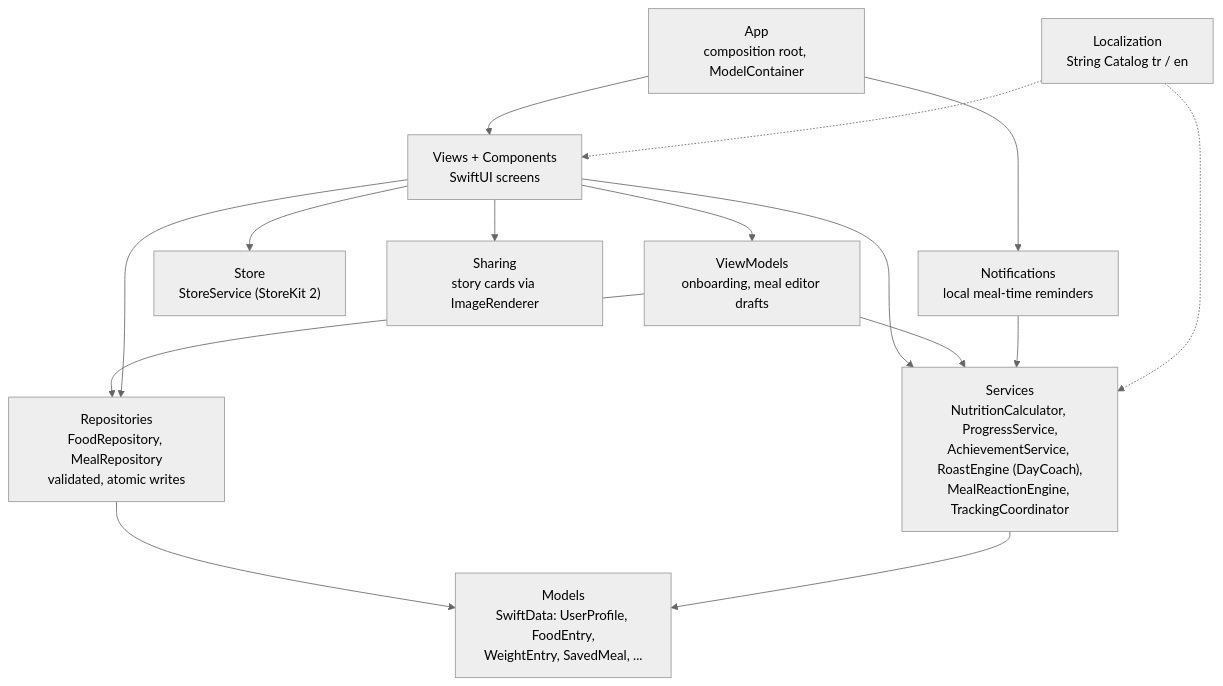
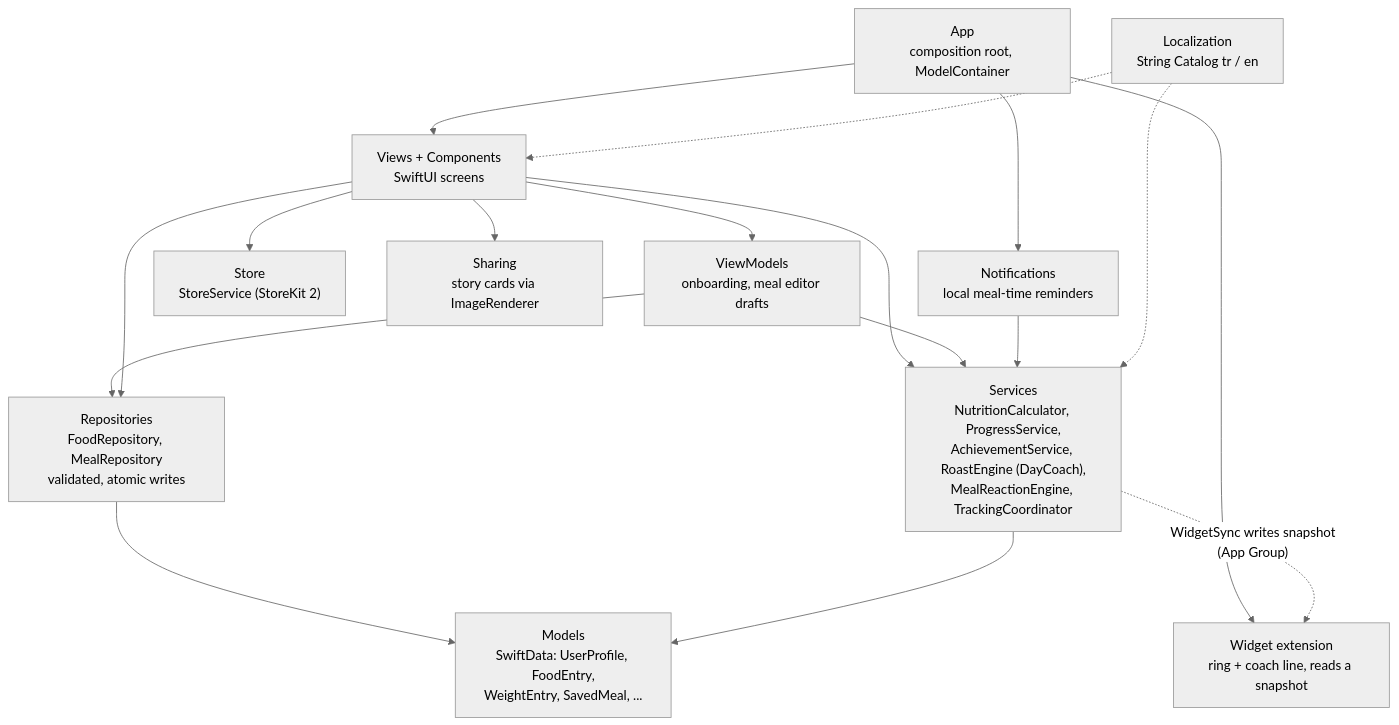
The diagram in README.md (emreeylm/calorude), drawn with Mermaid (neutral theme) before and after one commit. The commit also changed other lines of this file and 17 other files, not shown here.

First line of the commit message:
Add home screen widget: calorie ring and coach line

````diff
--- a/README.md
+++ b/README.md
@@ -30,18 +30,20 @@
 ```mermaid
 flowchart TD
   App["App<br/>composition root, ModelContainer"] --> Views
   Views["Views + Components<br/>SwiftUI screens"] --> VM["ViewModels<br/>onboarding, meal editor drafts"]
   Views --> Services
   VM --> Services
   VM --> Repos
   Views --> Repos
   Services["Services<br/>NutritionCalculator, ProgressService,<br/>AchievementService, RoastEngine (DayCoach),<br/>MealReactionEngine, TrackingCoordinator"]
   Repos["Repositories<br/>FoodRepository, MealRepository<br/>validated, atomic writes"] --> Models
   Services --> Models["Models<br/>SwiftData: UserProfile, FoodEntry,<br/>WeightEntry, SavedMeal, ..."]
   Views --> Store["Store<br/>StoreService (StoreKit 2)"]
   Views --> Sharing["Sharing<br/>story cards via ImageRenderer"]
   App --> Notif["Notifications<br/>local meal-time reminders"]
   Notif --> Services
+  App --> Widget["Widget extension<br/>ring + coach line, reads a snapshot"]
+  Services -.->|"WidgetSync writes snapshot<br/>(App Group)"| Widget
   Loc["Localization<br/>String Catalog tr / en"] -.-> Views
   Loc -.-> Services
 ```
````
